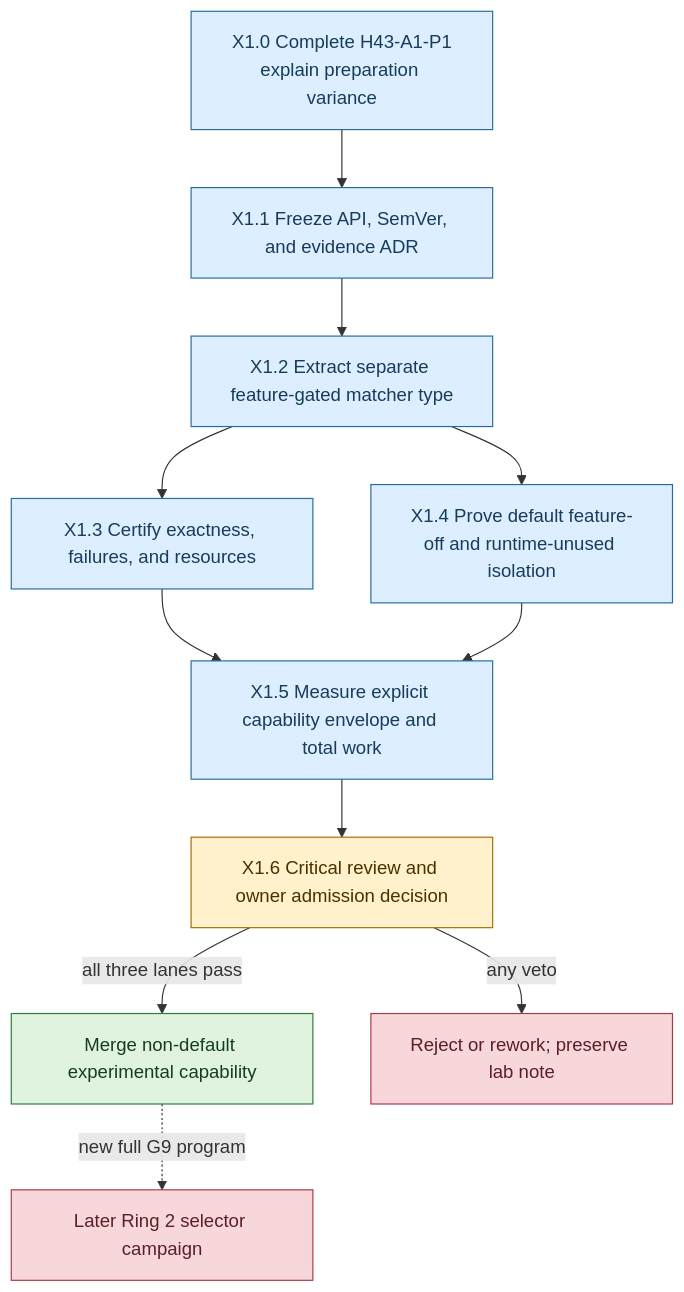
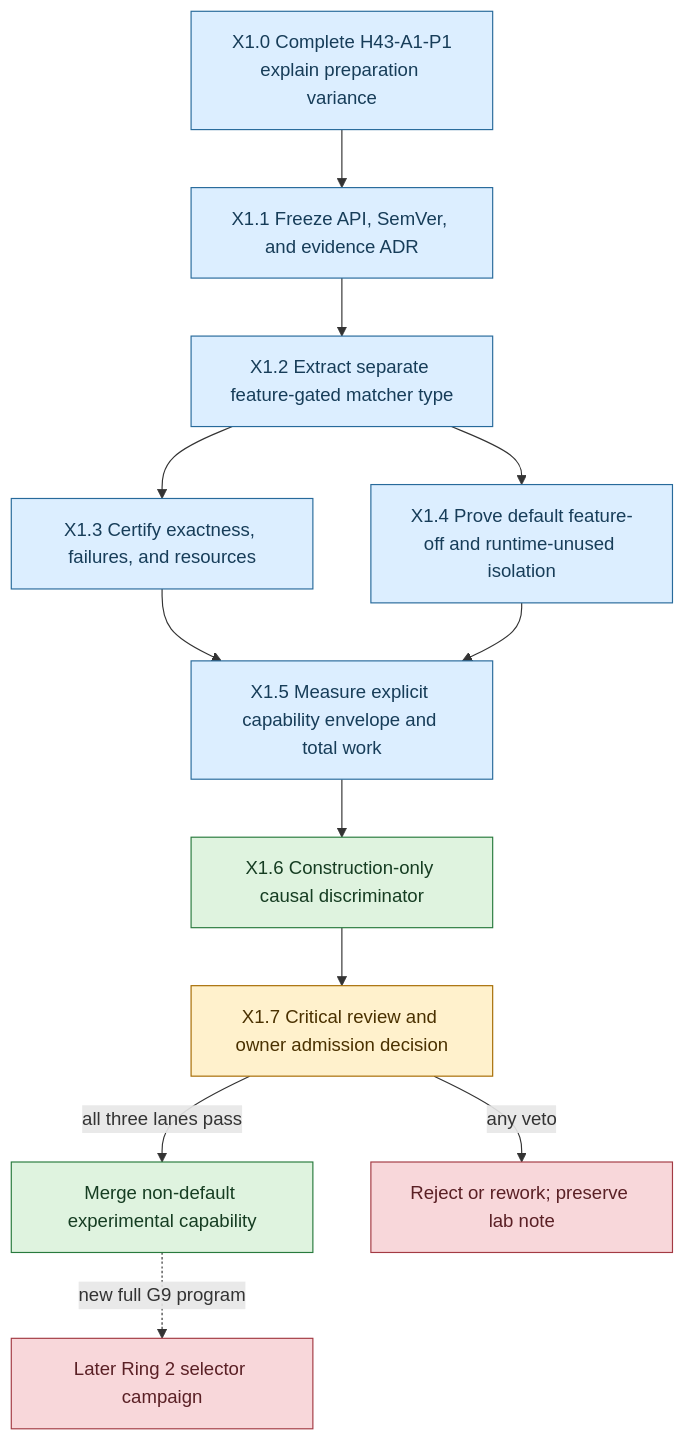
Before and after one commit to la3lma/rustmatch: the second of 2 diagrams in docs/experiments/h43-explicit-risk-tier-design.md, drawn with Mermaid. The commit also changed other lines of this file and 22 other files, not shown here.

Commit message:
Record H43-X1.6 construction discriminator

````diff
--- a/docs/experiments/h43-explicit-risk-tier-design.md
+++ b/docs/experiments/h43-explicit-risk-tier-design.md
@@ -217,33 +217,35 @@
 ```mermaid
 flowchart TD
     P1["X1.0 Complete H43-A1-P1<br/>explain preparation variance"]
     ADR["X1.1 Freeze API, SemVer, and evidence ADR"]
     ISO["X1.2 Extract separate feature-gated matcher type"]
     SEM["X1.3 Certify exactness, failures, and resources"]
     DEF["X1.4 Prove default feature-off and runtime-unused isolation"]
     PERF["X1.5 Measure explicit capability envelope and total work"]
-    REV["X1.6 Critical review and owner admission decision"]
+    DISC["X1.6 Construction-only causal discriminator"]
+    REV["X1.7 Critical review and owner admission decision"]
     MERGE["Merge non-default experimental capability"]
     STOP["Reject or rework; preserve lab note"]
     AUTO["Later Ring 2 selector campaign"]
 
     P1 --> ADR --> ISO
     ISO --> SEM
     ISO --> DEF
     SEM --> PERF
     DEF --> PERF
-    PERF --> REV
+    PERF --> DISC --> REV
     REV -->|"all three lanes pass"| MERGE
     REV -->|"any veto"| STOP
     MERGE -. "new full G9 program" .-> AUTO
 
     classDef complete fill:#dff3df,stroke:#287a3d,color:#163d22
     classDef planned fill:#dceeff,stroke:#276a9b,color:#173d59
     classDef decision fill:#fff1cc,stroke:#a66b00,color:#4a3100
     classDef blocked fill:#f8d7da,stroke:#a33a43,color:#5a2025
     class P1 planned
     class ADR,ISO,SEM,DEF,PERF planned
+    class DISC complete
     class REV decision
     class MERGE complete
     class STOP,AUTO blocked
 ```
````
